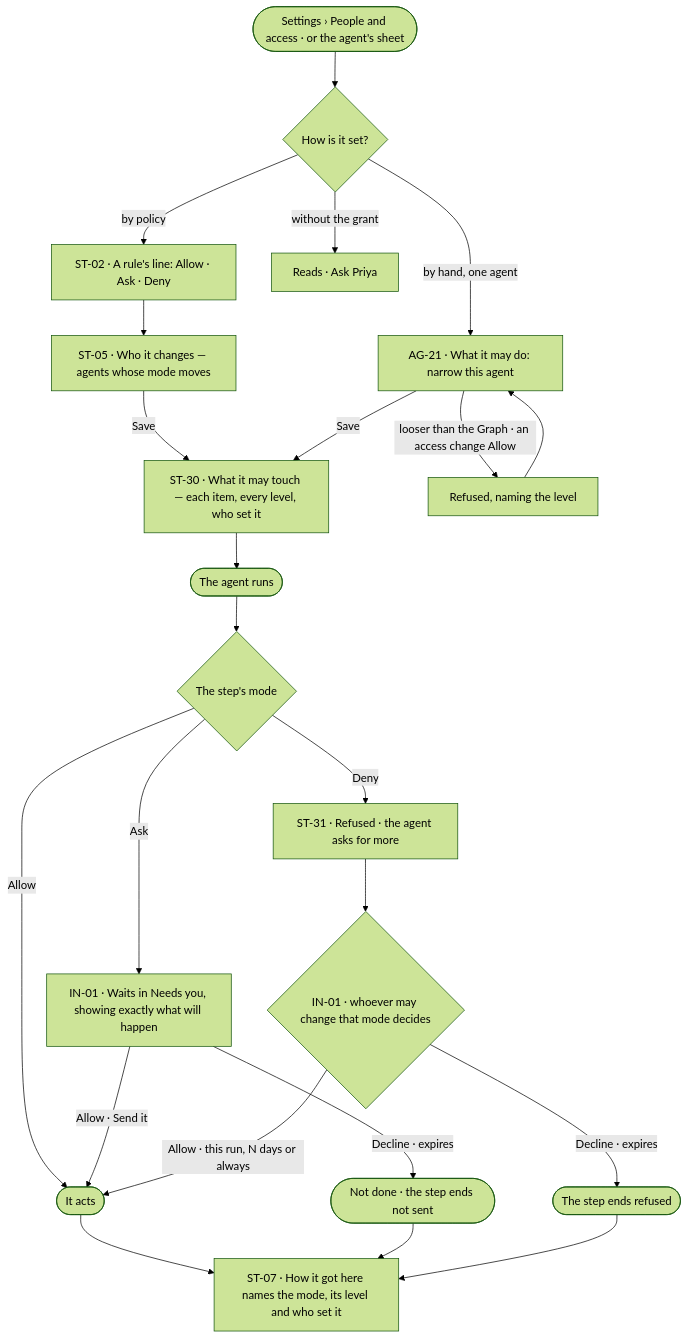
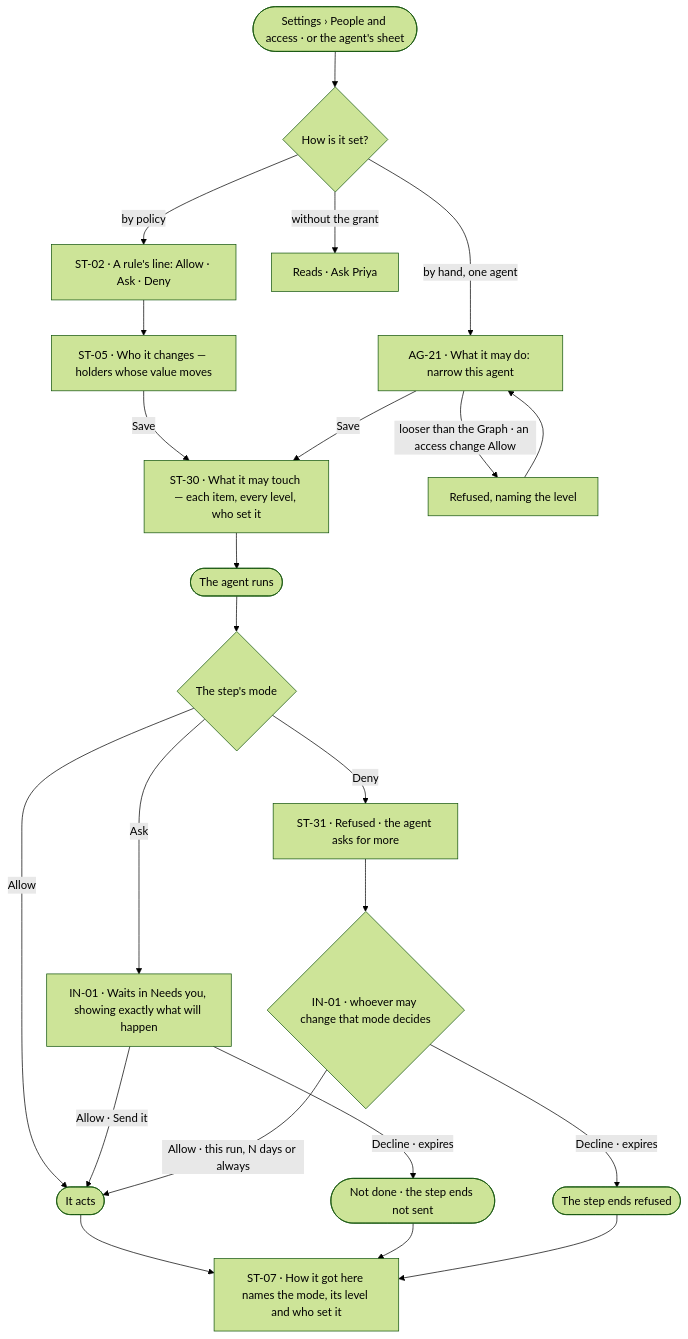
Before and after one commit to invana/invana: the first of 2 diagrams in specs/journeys/J06-set-what-an-agent-may-touch.md, drawn with Mermaid (forest theme). The commit also changed other lines of this file and 28 other files, not shown here.

````diff
--- a/specs/journeys/J06-set-what-an-agent-may-touch.md
+++ b/specs/journeys/J06-set-what-an-agent-may-touch.md
@@ -16,24 +16,24 @@
 ```mermaid
 flowchart TD
   A([Settings › People and access · or the agent's sheet]) --> B{"How is it set?"}
   B -->|by policy| C["ST-02 · A rule's line: Allow · Ask · Deny"]
   B -->|by hand, one agent| D["AG-21 · What it may do: narrow this agent"]
-  C --> E["ST-05 · Who it changes — agents whose mode moves"]
+  C --> E["ST-05 · Who it changes — holders whose value moves"]
   E -->|Save| F
   D -->|looser than the Graph · an access change Allow| DX["Refused, naming the level"] --> D
   D -->|Save| F["ST-30 · What it may touch — each item, every level, who set it"]
   B -->|without the grant| NA["Reads · Ask Priya"]
   F --> G([The agent runs])
   G --> H{"The step's mode"}
   H -->|Allow| I(["It acts"])
   H -->|Ask| J["IN-01 · Waits in Needs you, showing exactly what will happen"]
   J -->|Allow · Send it| I
   J -->|Decline · expires| K(["Not done · the step ends not sent"])
   H -->|Deny| L["ST-31 · Refused · the agent asks for more"]
   L --> M{"IN-01 · whoever may change that mode decides"}
   M -->|Allow · this run, N days or always| I
   M -->|Decline · expires| N(["The step ends refused"])
   I --> T["ST-07 · How it got here names the mode, its level and who set it"]
   K --> T
   N --> T
 ```
````
